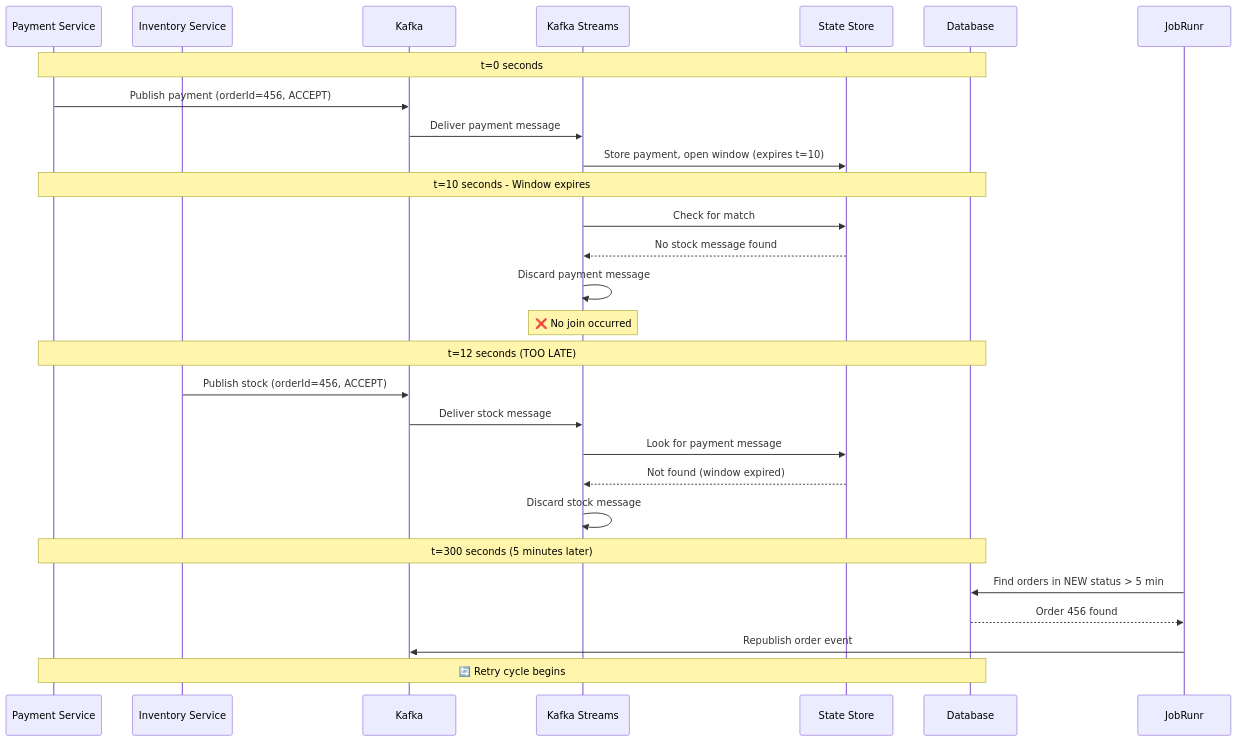
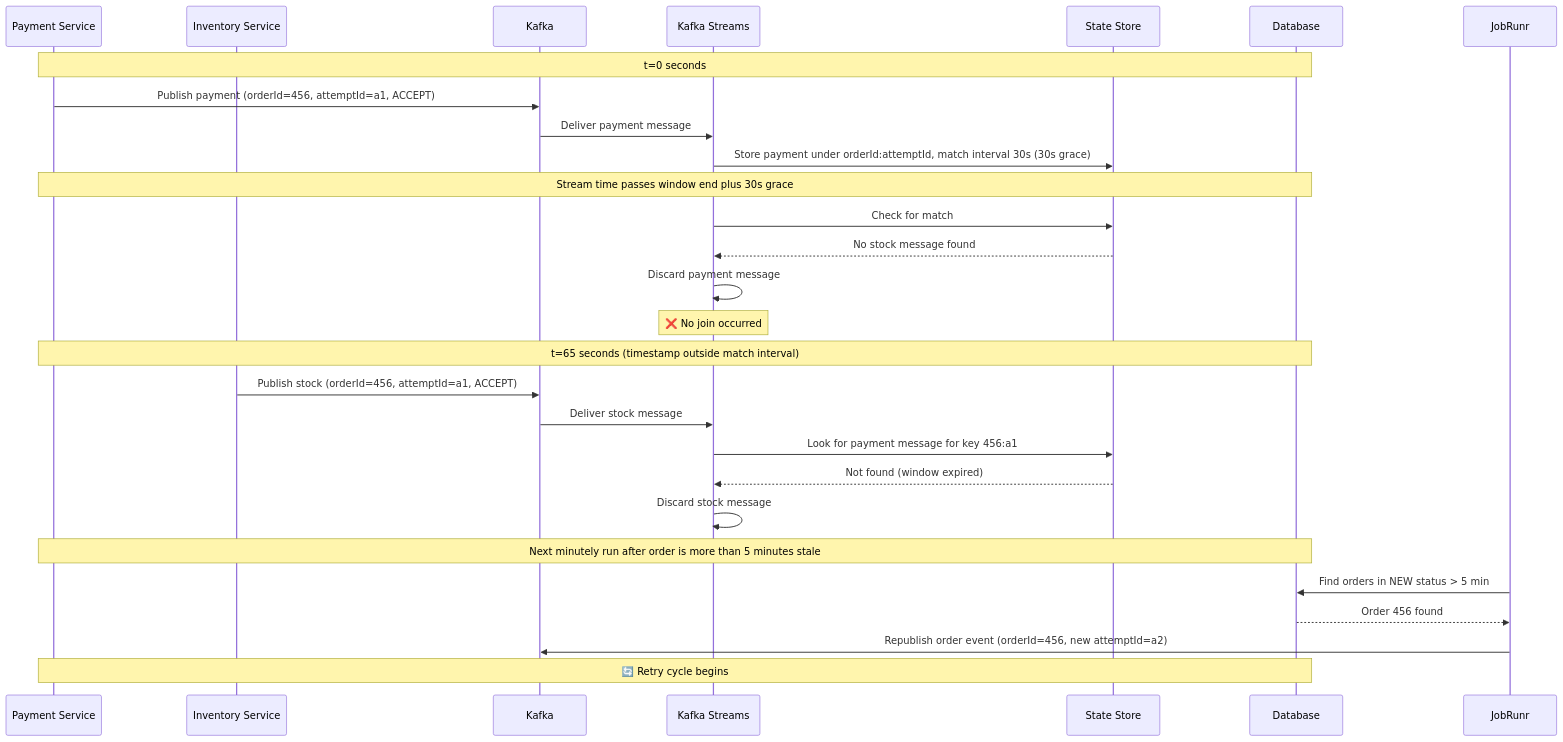
The ninth of 10 diagrams in order-service/docs/06-Saga-Confusion-Points-Clarified.md (rajadilipkolli/spring-boot-microservices-series-v2), drawn with Mermaid before and after one commit. The commit also changed other lines of this file and 51 other files, not shown here.

````diff
--- a/order-service/docs/06-Saga-Confusion-Points-Clarified.md
+++ b/order-service/docs/06-Saga-Confusion-Points-Clarified.md
@@ -422,34 +391,34 @@
 ```mermaid
 sequenceDiagram
     participant PS as Payment Service
     participant IS as Inventory Service
     participant K as Kafka
     participant KS as Kafka Streams
     participant SS as State Store
     participant DB as Database
     participant JR as JobRunr
     
     Note over PS,DB: t=0 seconds
-    PS->>K: Publish payment (orderId=456, ACCEPT)
+    PS->>K: Publish payment (orderId=456, attemptId=a1, ACCEPT)
     K->>KS: Deliver payment message
-    KS->>SS: Store payment, open window (expires t=10)
+    KS->>SS: Store payment under orderId:attemptId, match interval 30s (30s grace)
     
-    Note over PS,DB: t=10 seconds - Window expires
+    Note over PS,DB: Stream time passes window end plus 30s grace
     KS->>SS: Check for match
     SS-->>KS: No stock message found
     KS->>KS: Discard payment message
     Note over KS: ❌ No join occurred
     
-    Note over PS,DB: t=12 seconds (TOO LATE)
-    IS->>K: Publish stock (orderId=456, ACCEPT)
+    Note over PS,DB: t=65 seconds (timestamp outside match interval)
+    IS->>K: Publish stock (orderId=456, attemptId=a1, ACCEPT)
     K->>KS: Deliver stock message
-    KS->>SS: Look for payment message
+    KS->>SS: Look for payment message for key 456:a1
     SS-->>KS: Not found (window expired)
     KS->>KS: Discard stock message
     
-    Note over PS,DB: t=300 seconds (5 minutes later)
+    Note over PS,DB: Next minutely run after order is more than 5 minutes stale
     JR->>DB: Find orders in NEW status > 5 min
     DB-->>JR: Order 456 found
-    JR->>K: Republish order event
+    JR->>K: Republish order event (orderId=456, new attemptId=a2)
     Note over PS,DB: 🔄 Retry cycle begins
 ```
````
